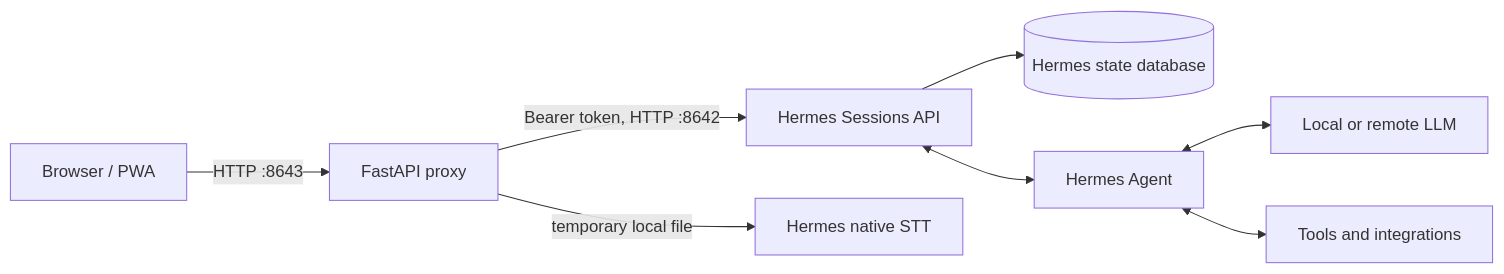
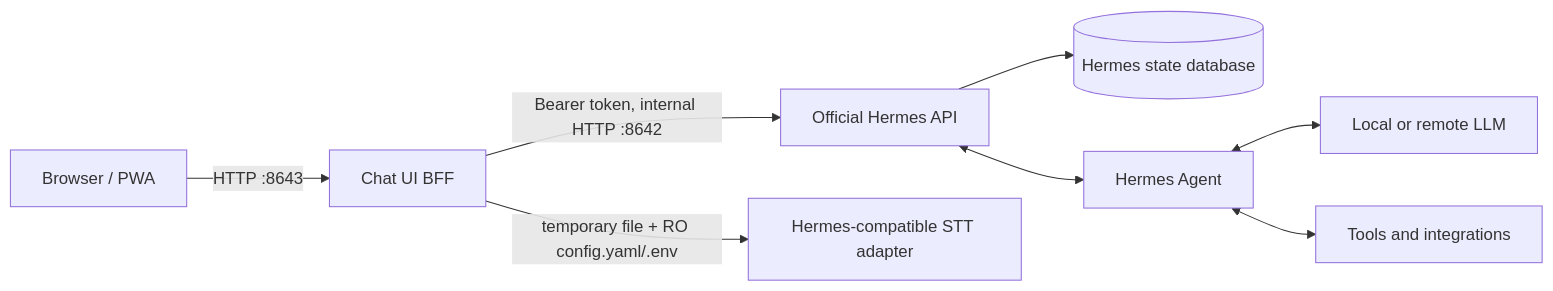
One commit to lukegskw/hermes-chat-ui changed the diagram in README.md. Above: the diagram before and after it, drawn with Mermaid. The commit also changed other lines of this file and 66 other files, not shown here.

````diff
--- a/README.md
+++ b/README.md
@@ -54,10 +54,10 @@
 ```mermaid
 graph LR
-    Browser[Browser / PWA] -->|HTTP :8643| Proxy[FastAPI proxy]
-    Proxy -->|Bearer token, HTTP :8642| API[Hermes Sessions API]
-    Proxy -->|temporary local file| STT[Hermes native STT]
+    Browser[Browser / PWA] -->|HTTP :8643| Proxy[Chat UI BFF]
+    Proxy -->|Bearer token, internal HTTP :8642| API[Official Hermes API]
+    Proxy -->|temporary file + RO config.yaml/.env| STT[Hermes-compatible STT adapter]
     API --> DB[(Hermes state database)]
     API <--> Agent[Hermes Agent]
     Agent <--> LLM[Local or remote LLM]
     Agent <--> Tools[Tools and integrations]
 ```
````
